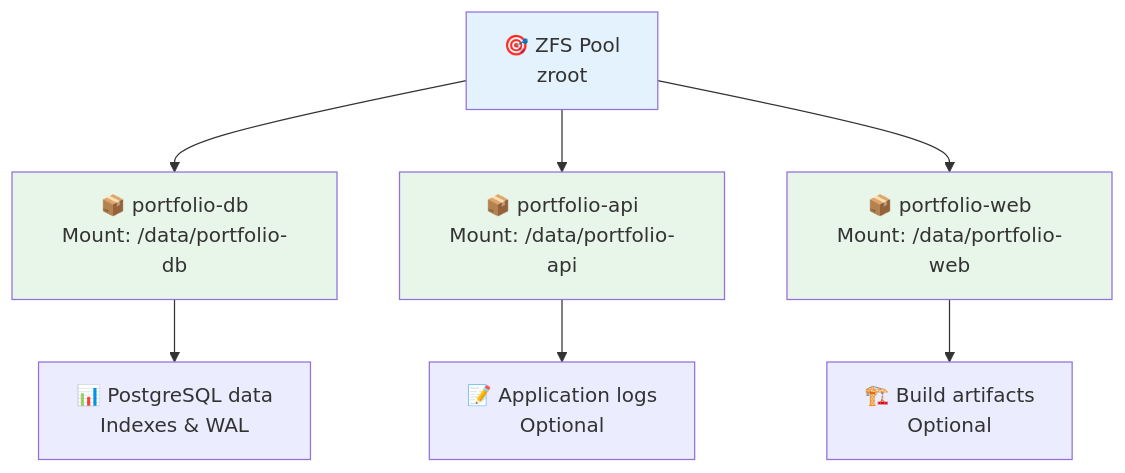
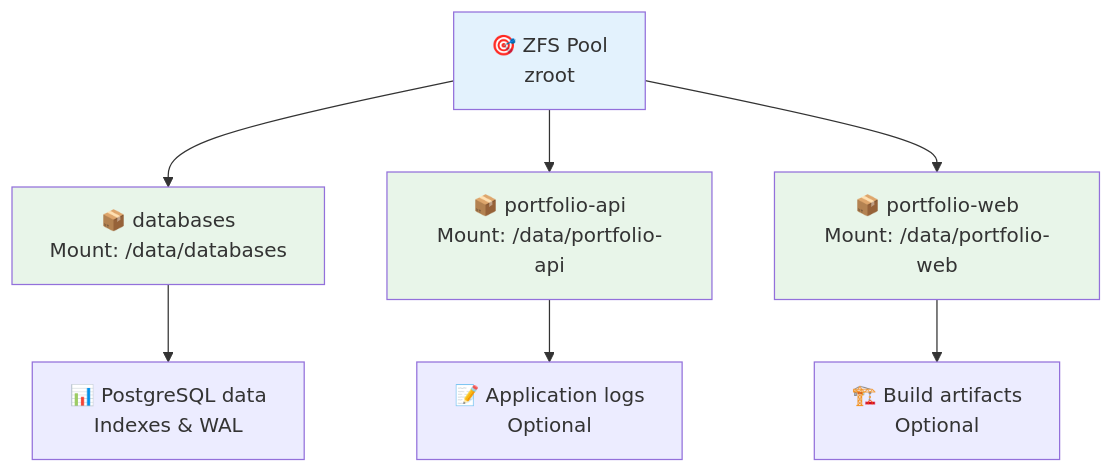
Before and after one commit to zatarain/portfolio: the fourth of 4 diagrams in nomad/ARCHITECTURE.md, drawn with Mermaid. The commit also changed other lines of this file and 7 other files, not shown here.

````diff
--- a/nomad/ARCHITECTURE.md
+++ b/nomad/ARCHITECTURE.md
@@ -314,25 +314,25 @@
 ```mermaid
 graph TD
     A["🎯 ZFS Pool<br/>zroot"]
 
-    B["📦 portfolio-db<br/>Mount: /data/portfolio-db"]
+    B["📦 databases<br/>Mount: /data/databases"]
     C["📦 portfolio-api<br/>Mount: /data/portfolio-api"]
     D["📦 portfolio-web<br/>Mount: /data/portfolio-web"]
 
     B1["📊 PostgreSQL data<br/>Indexes & WAL"]
     C1["📝 Application logs<br/>Optional"]
     D1["🏗️ Build artifacts<br/>Optional"]
 
     A --> B
     A --> C
     A --> D
 
     B --> B1
     C --> C1
     D --> D1
 
     style A fill:#e3f2fd
     style B fill:#e8f5e9
     style C fill:#e8f5e9
     style D fill:#e8f5e9
 ```
````
